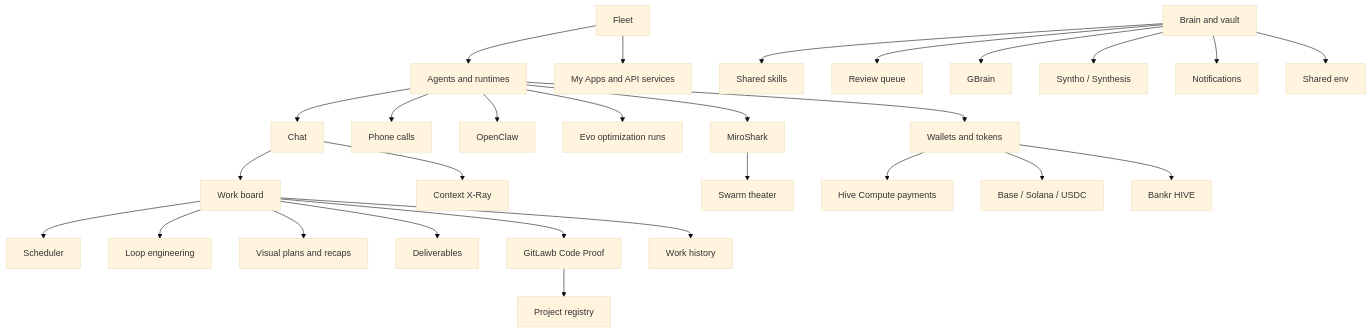
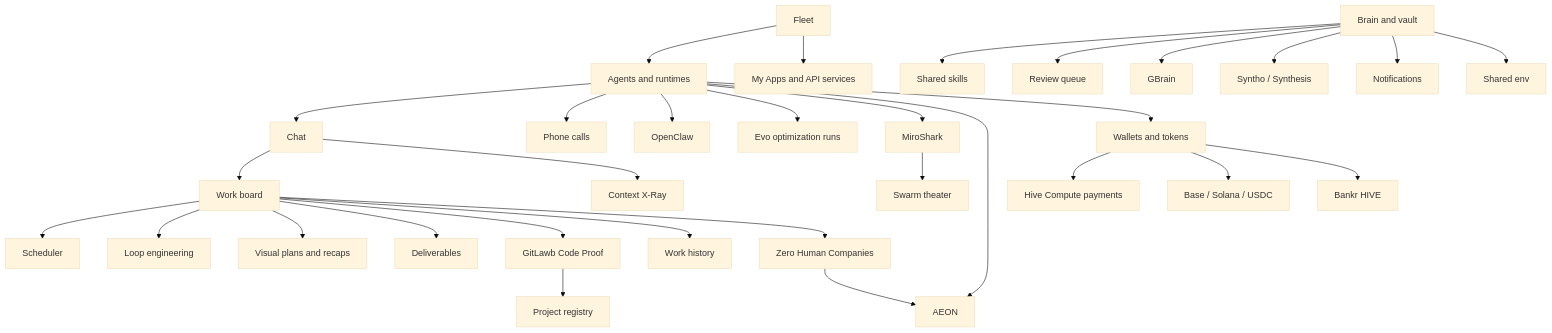
Before and after one commit to LiamVisionary/hivemindos: the diagram in docs/for-users/features/index.md, drawn with Mermaid (base theme). The commit also changed other lines of this file and 412 other files, not shown here.

````diff
--- a/docs/for-users/features/index.md
+++ b/docs/for-users/features/index.md
@@ -208,30 +223,33 @@
 ```mermaid
 flowchart TD
   Fleet["Fleet"] --> Runtimes["Agents and runtimes"]
   Fleet --> Apps["My Apps and API services"]
   Runtimes --> Chat["Chat"]
   Runtimes --> Phone["Phone calls"]
   Chat --> Work["Work board"]
   Chat --> XRay["Context X-Ray"]
   Work --> Scheduler["Scheduler"]
   Work --> LoopEngineering["Loop engineering"]
   Work --> VisualPlans["Visual plans and recaps"]
   Work --> Deliverables["Deliverables"]
   Work --> CodeProof["GitLawb Code Proof"]
   Work --> History["Work history"]
   Vault["Brain and vault"] --> Skills["Shared skills"]
   Vault --> ReviewQueue["Review queue"]
   Vault --> GBrain["GBrain"]
   Vault --> Syntho["Syntho / Synthesis"]
   Vault --> Notifications["Notifications"]
   Vault --> Env["Shared env"]
   Runtimes --> OpenClaw["OpenClaw"]
   Runtimes --> Evo["Evo optimization runs"]
   Runtimes --> MiroShark["MiroShark"]
+  Runtimes --> AEON["AEON"]
+  Work --> Companies["Zero Human Companies"]
+  Companies --> AEON
   MiroShark --> Swarm["Swarm theater"]
   Runtimes --> Wallets["Wallets and tokens"]
   Wallets --> HiveCompute["Hive Compute payments"]
   Wallets --> TokenRails["Base / Solana / USDC"]
   Wallets --> Bankr["Bankr HIVE"]
   CodeProof --> Projects["Project registry"]
 ```
````
